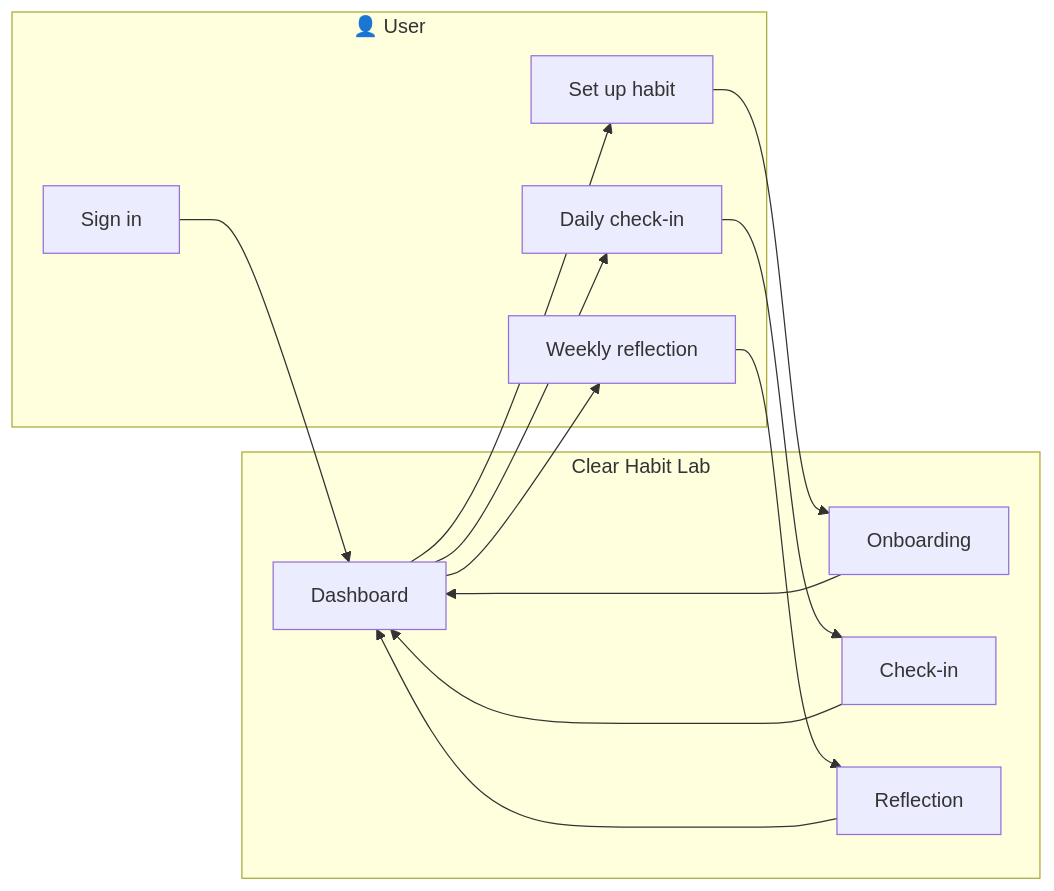
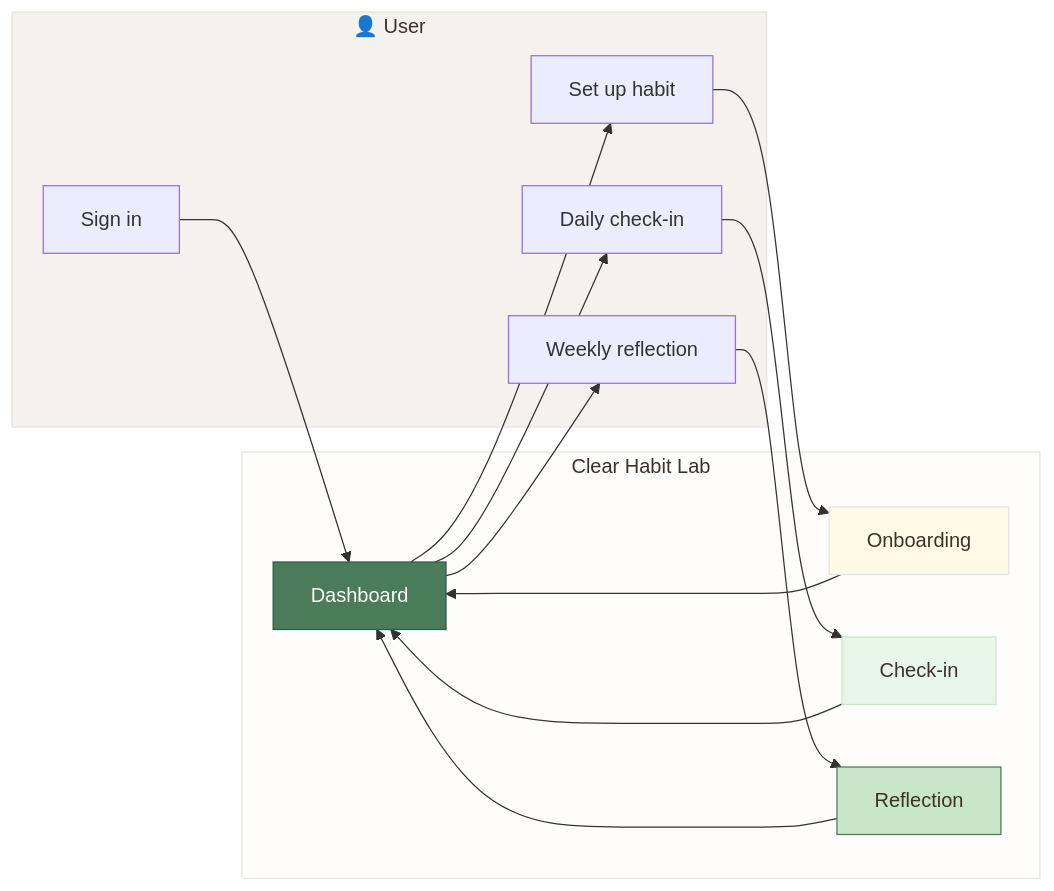
Before and after one commit to girisheduru/chlapp: the first of 3 diagrams in docs/product-overview-diagram.md, drawn with Mermaid. The commit also changed other lines of this file, not shown here.

Commit message:
update the diagram style

````diff
--- a/docs/product-overview-diagram.md
+++ b/docs/product-overview-diagram.md
@@ -10,27 +12,34 @@
 ```mermaid
 flowchart LR
   subgraph User["👤 User"]
     A[Sign in]
     B[Set up habit]
     C[Daily check-in]
     D[Weekly reflection]
   end
 
   subgraph Product["Clear Habit Lab"]
     E[Dashboard]
     F[Onboarding]
     G[Check-in]
     H[Reflection]
   end
 
   A --> E
   E --> B
   B --> F
   F --> E
   E --> C
   C --> G
   G --> E
   E --> D
   D --> H
   H --> E
+
+  style User fill:#F5F2ED,stroke:#E8E4DF,color:#3D3229
+  style Product fill:#FEFDFB,stroke:#E8E4DF,color:#3D3229
+  style E fill:#4A7C59,stroke:#2D5A45,color:#FEFDFB
+  style F fill:#FFF9E6,stroke:#E8E4DF,color:#3D3229
+  style G fill:#E8F5E9,stroke:#C8E6C9,color:#3D3229
+  style H fill:#C8E6C9,stroke:#4A7C59,color:#3D3229
 ```
````
